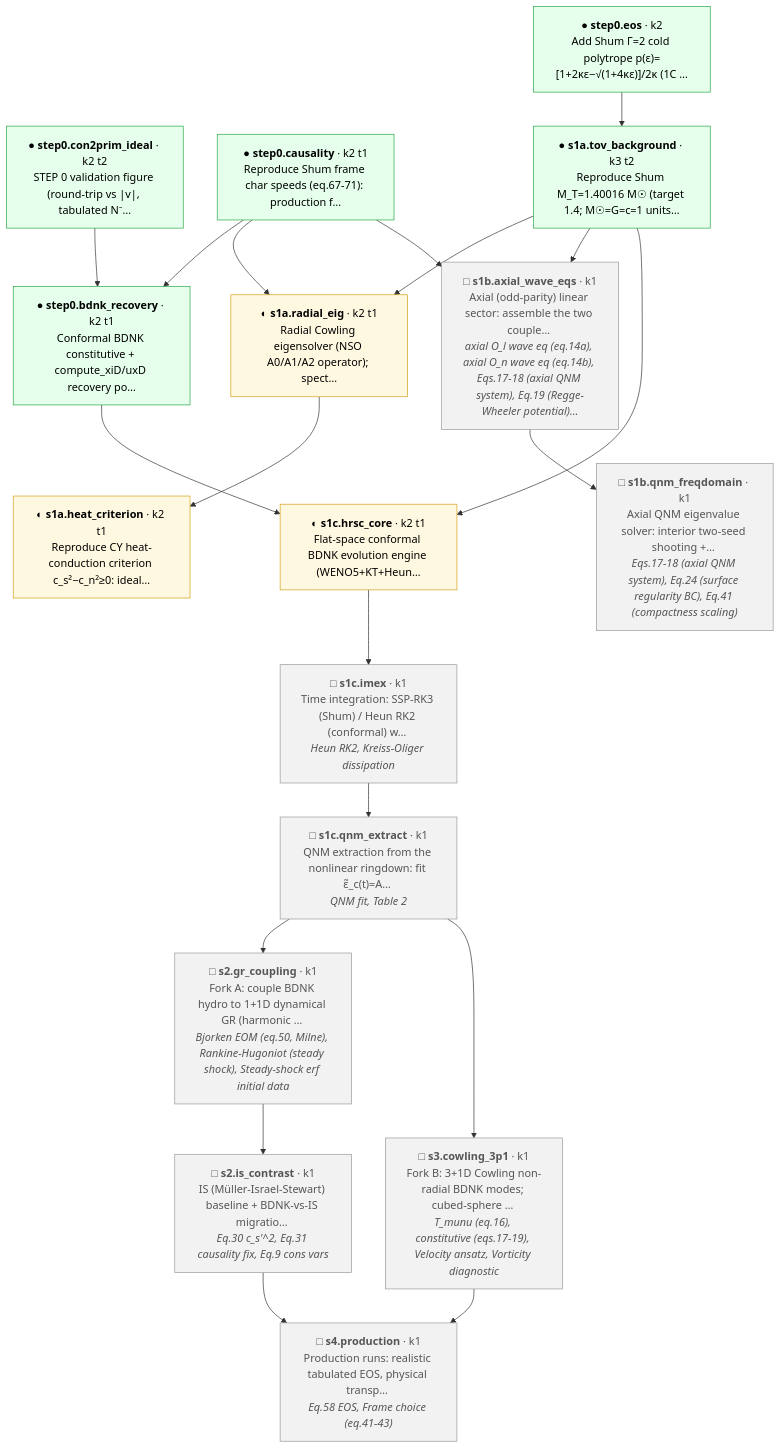
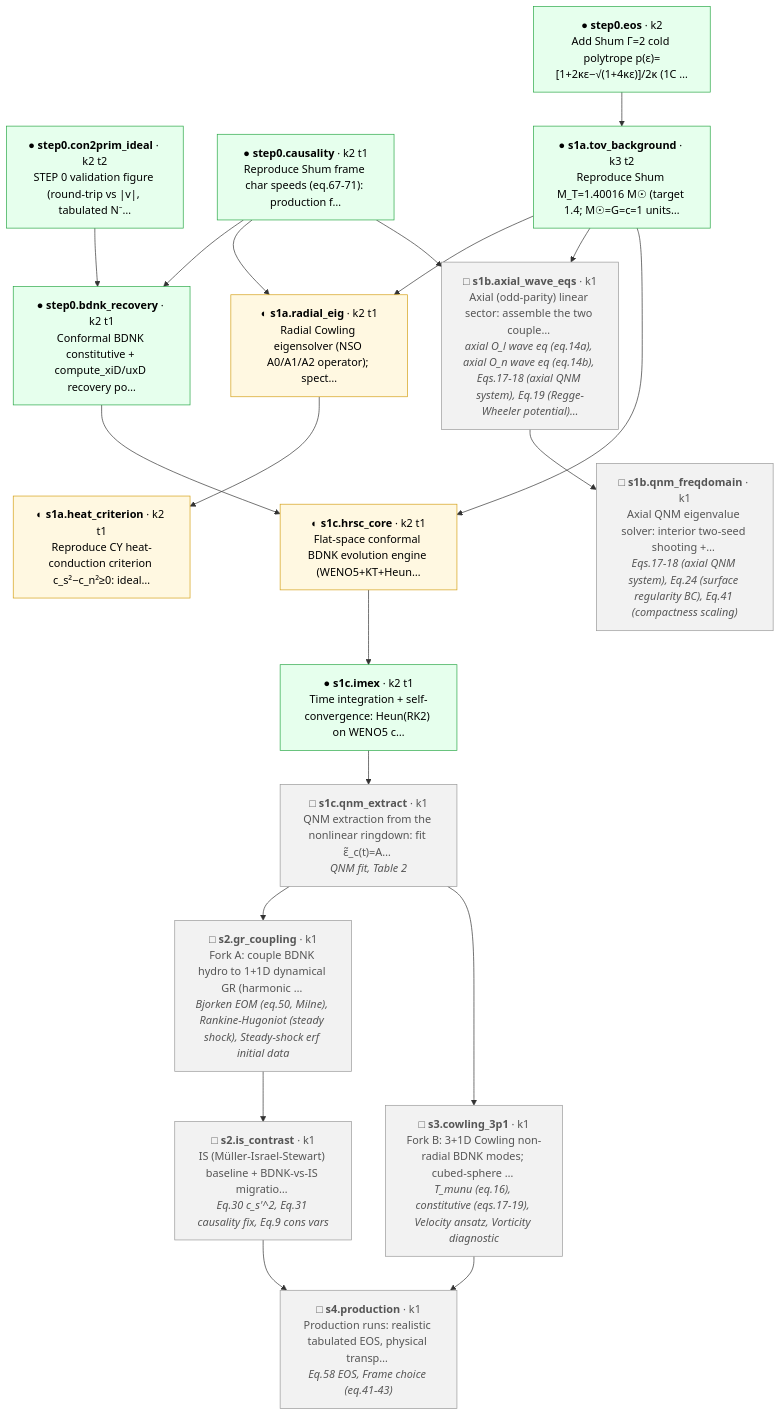
The diagram in progress/dag/project_dag.md (FoAKTEE/BDNK), drawn with Mermaid before and after one commit. The commit also changed 7 other files, not shown here.

First line of the commit message:
test(conformal): reproduce evolution self-convergence (ordered 2nd-5th order)

````diff
--- a/progress/dag/project_dag.md
+++ b/progress/dag/project_dag.md
@@ -5,43 +5,43 @@
 ```mermaid
 flowchart TD
   n_step0_eos["● <b>step0.eos</b> · k2<br/>Add Shum Γ=2 cold polytrope p(ε)=[1+2κε−√(1+4κε)]/2κ (1C …"]:::solid
   n_step0_con2prim_ideal["● <b>step0.con2prim_ideal</b> · k2 t2<br/>STEP 0 validation figure (round-trip vs |v|, tabulated N⁻…"]:::solid
   n_step0_causality["● <b>step0.causality</b> · k2 t1<br/>Reproduce Shum frame char speeds (eq.67-71): production f…"]:::solid
   n_step0_bdnk_recovery["● <b>step0.bdnk_recovery</b> · k2 t1<br/>Conformal BDNK constitutive + compute_xiD/uxD recovery po…"]:::solid
   n_s1a_tov_background["● <b>s1a.tov_background</b> · k3 t2<br/>Reproduce Shum M_T=1.40016 M☉ (target 1.4; M☉=G=c=1 units…"]:::solid
   n_s1a_radial_eig["◐ <b>s1a.radial_eig</b> · k2 t1<br/>Radial Cowling eigensolver (NSO A0/A1/A2 operator); spect…"]:::preliminary
   n_s1a_heat_criterion["◐ <b>s1a.heat_criterion</b> · k2 t1<br/>Reproduce CY heat-conduction criterion c_s²−c_n²≥0: ideal…"]:::preliminary
   n_s1b_axial_wave_eqs["□ <b>s1b.axial_wave_eqs</b> · k1<br/>Axial (odd-parity) linear sector: assemble the two couple… <br/><i>axial O_l wave eq (eq.14a), axial O_n wave eq (eq.14b), Eqs.17-18 (axial QNM system), Eq.19 (Regge-Wheeler potential)…</i>"]:::future
   n_s1b_qnm_freqdomain["□ <b>s1b.qnm_freqdomain</b> · k1<br/>Axial QNM eigenvalue solver: interior two-seed shooting +… <br/><i>Eqs.17-18 (axial QNM system), Eq.24 (surface regularity BC), Eq.41 (compactness scaling)</i>"]:::future
   n_s1c_hrsc_core["◐ <b>s1c.hrsc_core</b> · k2 t1<br/>Flat-space conformal BDNK evolution engine (WENO5+KT+Heun…"]:::preliminary
-  n_s1c_imex["□ <b>s1c.imex</b> · k1<br/>Time integration: SSP-RK3 (Shum) / Heun RK2 (conformal) w… <br/><i>Heun RK2, Kreiss-Oliger dissipation</i>"]:::future
+  n_s1c_imex["● <b>s1c.imex</b> · k2 t1<br/>Time integration + self-convergence: Heun(RK2) on WENO5 c…"]:::solid
   n_s1c_qnm_extract["□ <b>s1c.qnm_extract</b> · k1<br/>QNM extraction from the nonlinear ringdown: fit ε̃_c(t)=A… <br/><i>QNM fit, Table 2</i>"]:::future
   n_s2_gr_coupling["□ <b>s2.gr_coupling</b> · k1<br/>Fork A: couple BDNK hydro to 1+1D dynamical GR (harmonic … <br/><i>Bjorken EOM (eq.50, Milne), Rankine-Hugoniot (steady shock), Steady-shock erf initial data</i>"]:::future
   n_s2_is_contrast["□ <b>s2.is_contrast</b> · k1<br/>IS (Müller-Israel-Stewart) baseline + BDNK-vs-IS migratio… <br/><i>Eq.30 c_s'^2, Eq.31 causality fix, Eq.9 cons vars</i>"]:::future
   n_s3_cowling_3p1["□ <b>s3.cowling_3p1</b> · k1<br/>Fork B: 3+1D Cowling non-radial BDNK modes; cubed-sphere … <br/><i>T_munu (eq.16), constitutive (eqs.17-19), Velocity ansatz, Vorticity diagnostic</i>"]:::future
   n_s4_production["□ <b>s4.production</b> · k1<br/>Production runs: realistic tabulated EOS, physical transp… <br/><i>Eq.58 EOS, Frame choice (eq.41-43)</i>"]:::future
   n_step0_con2prim_ideal --> n_step0_bdnk_recovery
   n_step0_causality --> n_step0_bdnk_recovery
   n_step0_eos --> n_s1a_tov_background
   n_s1a_tov_background --> n_s1a_radial_eig
   n_step0_causality --> n_s1a_radial_eig
   n_s1a_radial_eig --> n_s1a_heat_criterion
   n_s1a_tov_background --> n_s1b_axial_wave_eqs
   n_step0_causality --> n_s1b_axial_wave_eqs
   n_s1b_axial_wave_eqs --> n_s1b_qnm_freqdomain
   n_step0_bdnk_recovery --> n_s1c_hrsc_core
   n_s1a_tov_background --> n_s1c_hrsc_core
   n_s1c_hrsc_core --> n_s1c_imex
   n_s1c_imex --> n_s1c_qnm_extract
   n_s1c_qnm_extract --> n_s2_gr_coupling
   n_s2_gr_coupling --> n_s2_is_contrast
   n_s1c_qnm_extract --> n_s3_cowling_3p1
   n_s2_is_contrast --> n_s4_production
   n_s3_cowling_3p1 --> n_s4_production
   classDef solid fill:#e6ffed,stroke:#28a745,color:#000;
   classDef preliminary fill:#fff8e1,stroke:#d4a017,color:#000;
   classDef hypothesis fill:#e7f0ff,stroke:#4977c7,color:#000;
   classDef blocking fill:#ffe3e3,stroke:#d33,color:#000;
   classDef future fill:#f2f2f2,stroke:#999,color:#555;
   classDef amended fill:#f0f0f0,stroke:#aaa,color:#888;
 ```
````
